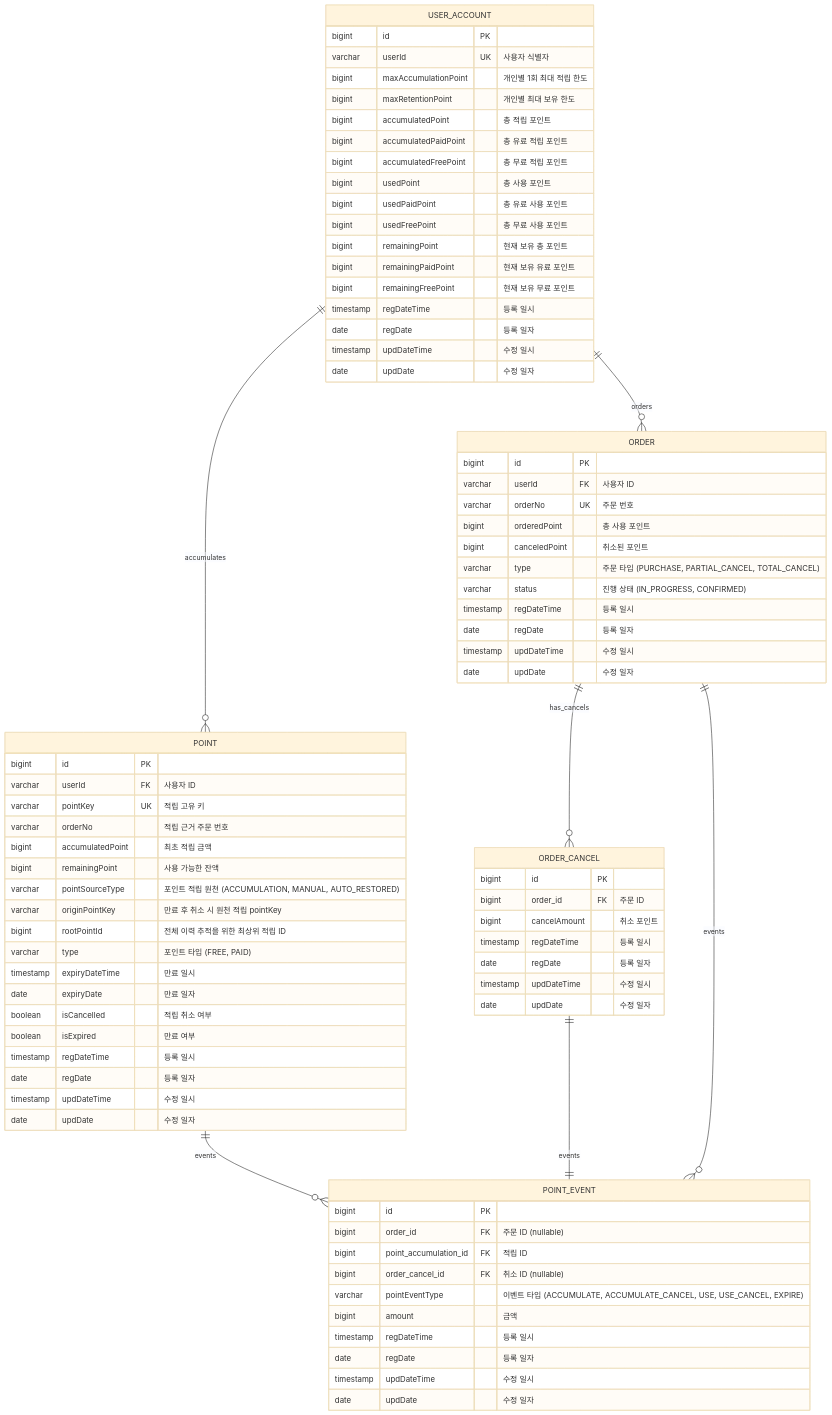
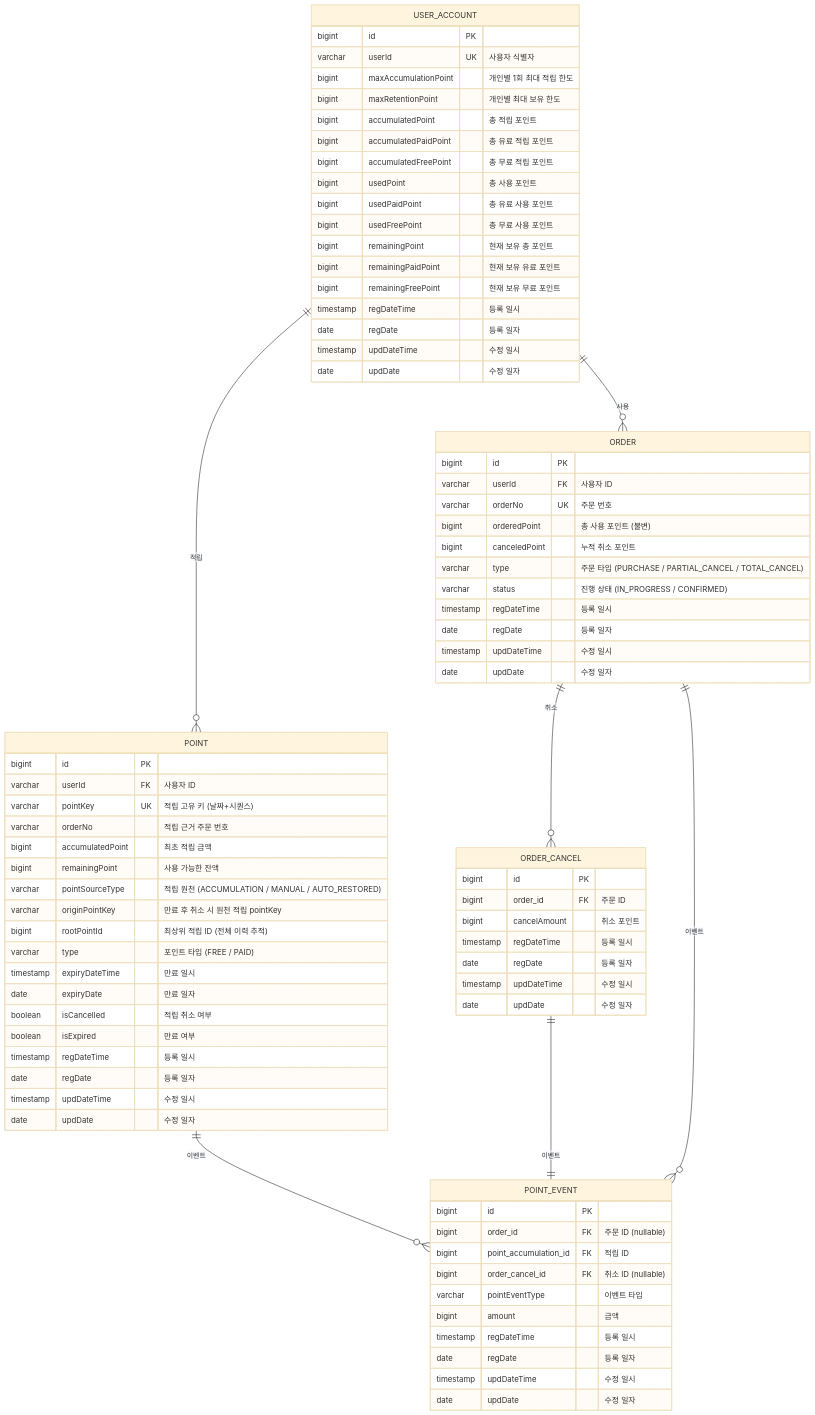
Before and after one commit to muzzaiwork/point: the diagram in docs/데이터베이스 설계.md, drawn with Mermaid (base theme). The commit also changed other lines of this file and 10 other files, not shown here.

````diff
--- a/docs/데이터베이스 설계.md
+++ b/docs/데이터베이스 설계.md
@@ -5,12 +9,11 @@
 ```mermaid
 erDiagram
-    USER_ACCOUNT ||--o{ POINT : "accumulates"
-    USER_ACCOUNT ||--o{ ORDER : "orders"
-    ORDER ||--o{ ORDER_CANCEL : "has_cancels"
-    ORDER ||--o{ POINT_EVENT : "events"
-    POINT ||--o{ POINT_EVENT : "events"
-    ORDER_CANCEL ||--|| POINT_EVENT : "events"
-
+    USER_ACCOUNT ||--o{ POINT : "적립"
+    USER_ACCOUNT ||--o{ ORDER : "사용"
+    ORDER ||--o{ ORDER_CANCEL : "취소"
+    ORDER ||--o{ POINT_EVENT : "이벤트"
+    POINT ||--o{ POINT_EVENT : "이벤트"
+    ORDER_CANCEL ||--|| POINT_EVENT : "이벤트"
     USER_ACCOUNT {
         bigint id PK
         varchar userId UK "사용자 식별자"
@@ -34,14 +37,14 @@
     POINT {
         bigint id PK
         varchar userId FK "사용자 ID"
-        varchar pointKey UK "적립 고유 키"
+        varchar pointKey UK "적립 고유 키 (날짜+시퀀스)"
         varchar orderNo "적립 근거 주문 번호"
         bigint accumulatedPoint "최초 적립 금액"
         bigint remainingPoint "사용 가능한 잔액"
-        varchar pointSourceType "포인트 적립 원천 (ACCUMULATION, MANUAL, AUTO_RESTORED)"
+        varchar pointSourceType "적립 원천 (ACCUMULATION / MANUAL / AUTO_RESTORED)"
         varchar originPointKey "만료 후 취소 시 원천 적립 pointKey"
-        bigint rootPointId "전체 이력 추적을 위한 최상위 적립 ID"
-        varchar type "포인트 타입 (FREE, PAID)"
+        bigint rootPointId "최상위 적립 ID (전체 이력 추적)"
+        varchar type "포인트 타입 (FREE / PAID)"
         timestamp expiryDateTime "만료 일시"
         date expiryDate "만료 일자"
         boolean isCancelled "적립 취소 여부"
@@ -56,10 +59,10 @@
         bigint id PK
         varchar userId FK "사용자 ID"
         varchar orderNo UK "주문 번호"
-        bigint orderedPoint "총 사용 포인트"
-        bigint canceledPoint "취소된 포인트"
-        varchar type "주문 타입 (PURCHASE, PARTIAL_CANCEL, TOTAL_CANCEL)"
-        varchar status "진행 상태 (IN_PROGRESS, CONFIRMED)"
+        bigint orderedPoint "총 사용 포인트 (불변)"
+        bigint canceledPoint "누적 취소 포인트"
+        varchar type "주문 타입 (PURCHASE / PARTIAL_CANCEL / TOTAL_CANCEL)"
+        varchar status "진행 상태 (IN_PROGRESS / CONFIRMED)"
         timestamp regDateTime "등록 일시"
         date regDate "등록 일자"
         timestamp updDateTime "수정 일시"
@@ -81,11 +84,12 @@
         bigint order_id FK "주문 ID (nullable)"
         bigint point_accumulation_id FK "적립 ID"
         bigint order_cancel_id FK "취소 ID (nullable)"
-        varchar pointEventType "이벤트 타입 (ACCUMULATE, ACCUMULATE_CANCEL, USE, USE_CANCEL, EXPIRE)"
+        varchar pointEventType "이벤트 타입"
         bigint amount "금액"
         timestamp regDateTime "등록 일시"
         date regDate "등록 일자"
         timestamp updDateTime "수정 일시"
         date updDate "수정 일자"
     }
+
 ```
````
